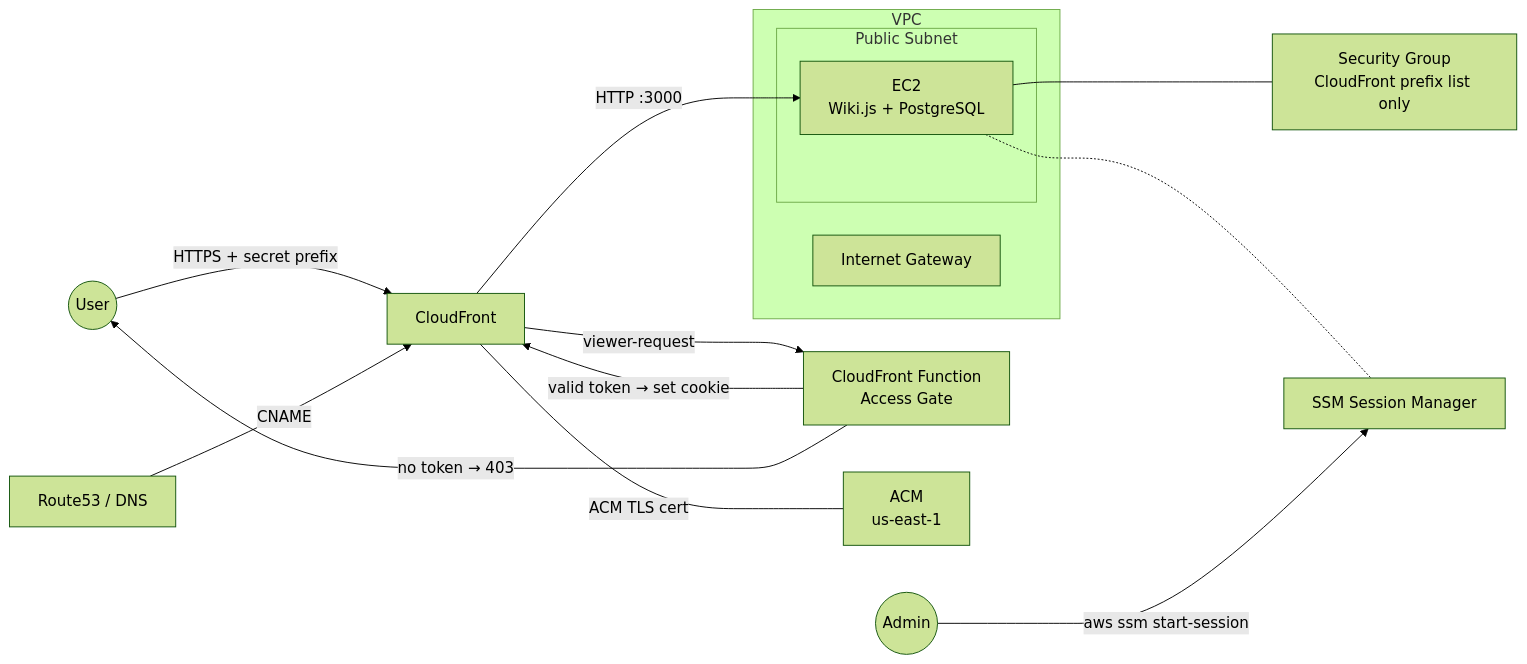
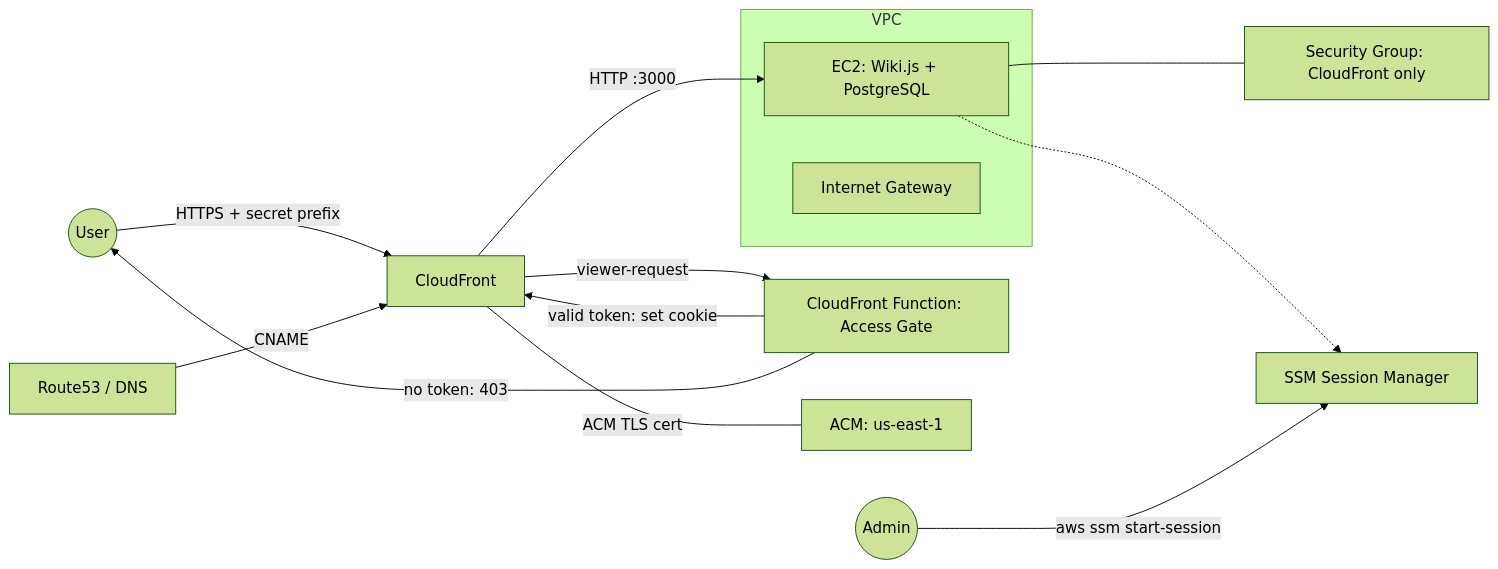
Before and after one commit to otherbadcoder-bne/scratch: the diagram in wiki.js/README.md, drawn with Mermaid (forest theme).

Commit message:
Adjustments to documentation to use mermaid 9

````diff
--- a/wiki.js/README.md
+++ b/wiki.js/README.md
@@ -7,21 +7,19 @@
 ```mermaid
-flowchart LR
+graph LR
     User((User)) -->|HTTPS + secret prefix| CF[CloudFront]
-    CF -->|viewer-request| Fn[CloudFront Function<br/>Access Gate]
-    Fn -->|valid token → set cookie| CF
-    Fn -->|no token → 403| User
-    CF -->|HTTP :3000| EC2[EC2<br/>Wiki.js + PostgreSQL]
-    EC2 --- SG[Security Group<br/>CloudFront prefix list only]
-    EC2 -.- SSM[SSM Session Manager]
+    CF -->|viewer-request| Fn[CloudFront Function: Access Gate]
+    Fn -->|valid token: set cookie| CF
+    Fn -->|no token: 403| User
+    CF -->|HTTP :3000| EC2[EC2: Wiki.js + PostgreSQL]
+    EC2 --- SG[Security Group: CloudFront only]
+    EC2 -.-> SSM[SSM Session Manager]
     Admin((Admin)) -->|aws ssm start-session| SSM
 
     subgraph VPC
-        subgraph Public Subnet
-            EC2
-        end
+        EC2
         IGW[Internet Gateway]
     end
 
-    CF ---|ACM TLS cert| ACM[ACM<br/>us-east-1]
+    CF ---|ACM TLS cert| ACM[ACM: us-east-1]
     DNS[Route53 / DNS] -->|CNAME| CF
 ```
````
